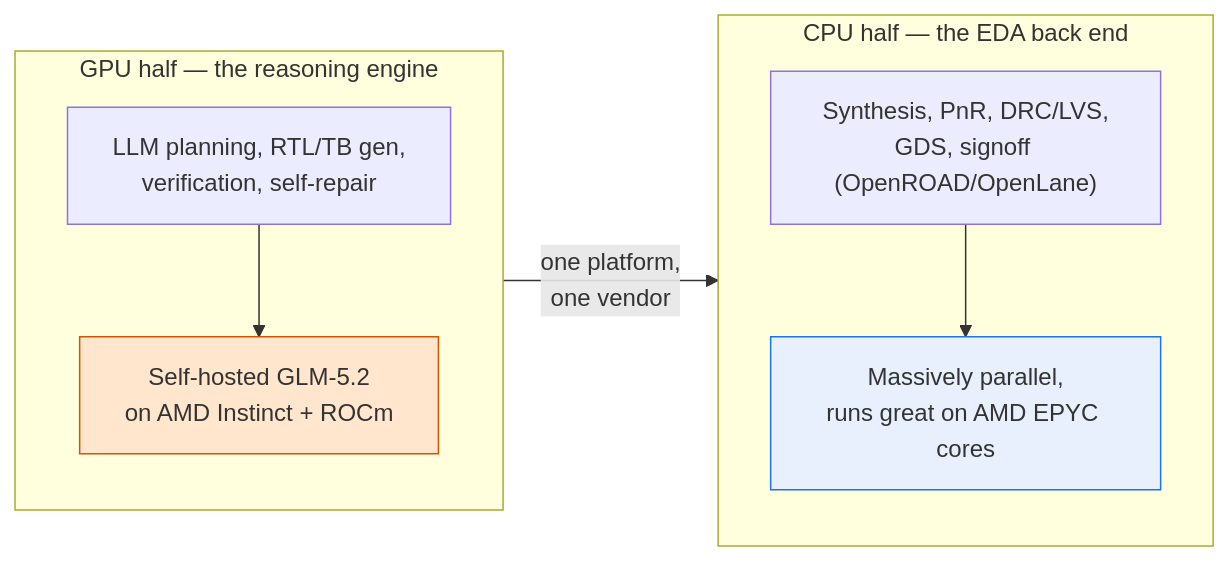
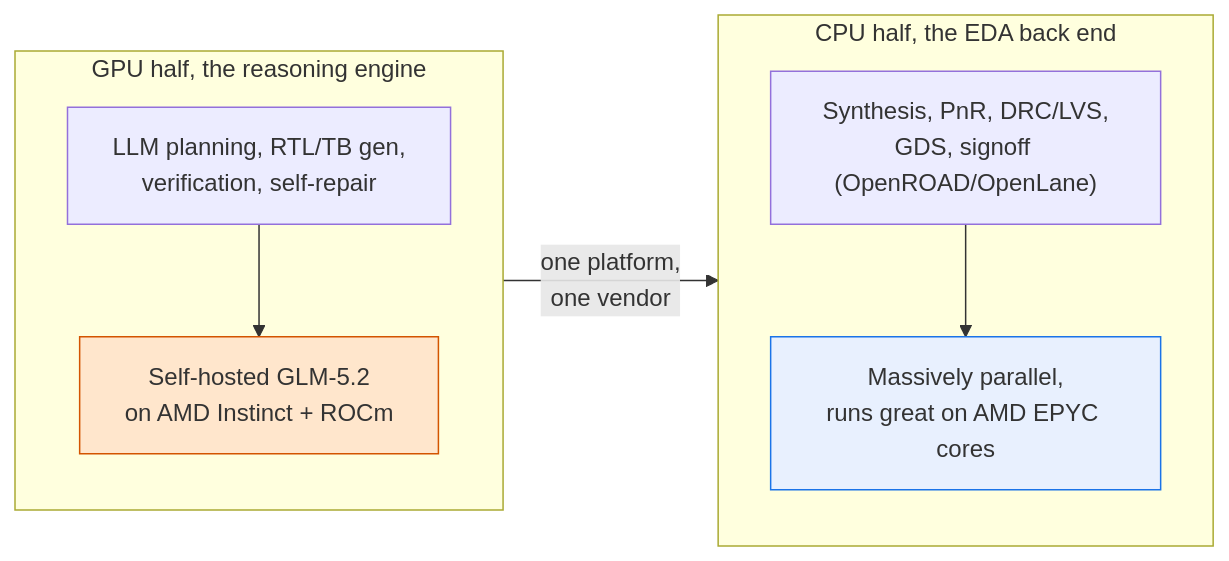
One commit to radhian/Chip-Orchestra changed the fourth of 10 diagrams in docs/platform_x_amd_deck.md. Above: the diagram before and after it, drawn with Mermaid. The commit also changed other lines of this file, not shown here.

````diff
--- a/docs/platform_x_amd_deck.md
+++ b/docs/platform_x_amd_deck.md
@@ -136,18 +133,18 @@
 ```mermaid
 flowchart LR
-    subgraph GPU["GPU half — the reasoning engine"]
+    subgraph GPU["GPU half, the reasoning engine"]
         direction TB
         G1["LLM planning, RTL/TB gen,<br/>verification, self-repair"]
         G2["Self-hosted GLM-5.2<br/>on AMD Instinct + ROCm"]
         G1 --> G2
     end
-    subgraph CPU["CPU half — the EDA back end"]
+    subgraph CPU["CPU half, the EDA back end"]
         direction TB
         C1["Synthesis, PnR, DRC/LVS,<br/>GDS, signoff (OpenROAD/OpenLane)"]
         C2["Massively parallel,<br/>runs great on AMD EPYC cores"]
         C1 --> C2
     end
     GPU -->|"one platform,<br/>one vendor"| CPU
     style G2 fill:#ffe6cc,stroke:#d35400
     style C2 fill:#e8f0fe,stroke:#1a73e8
 ```
````
